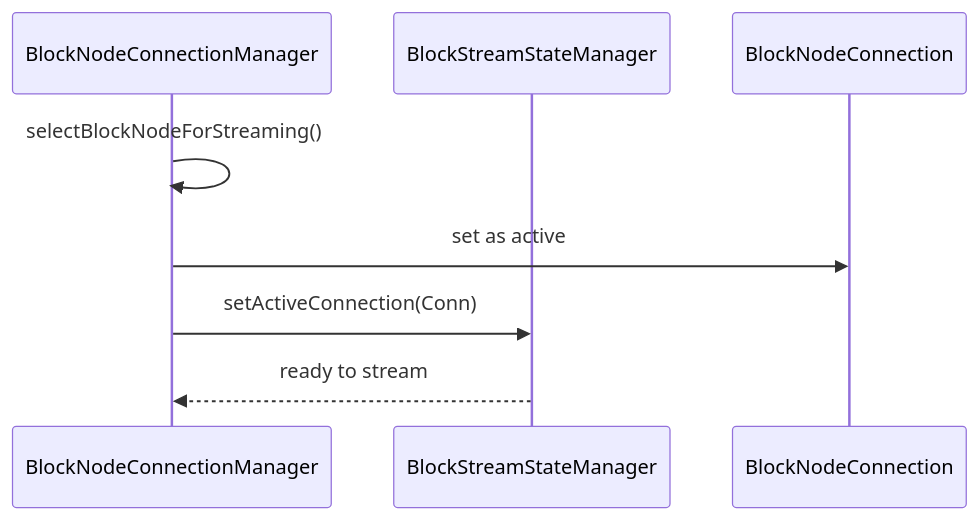
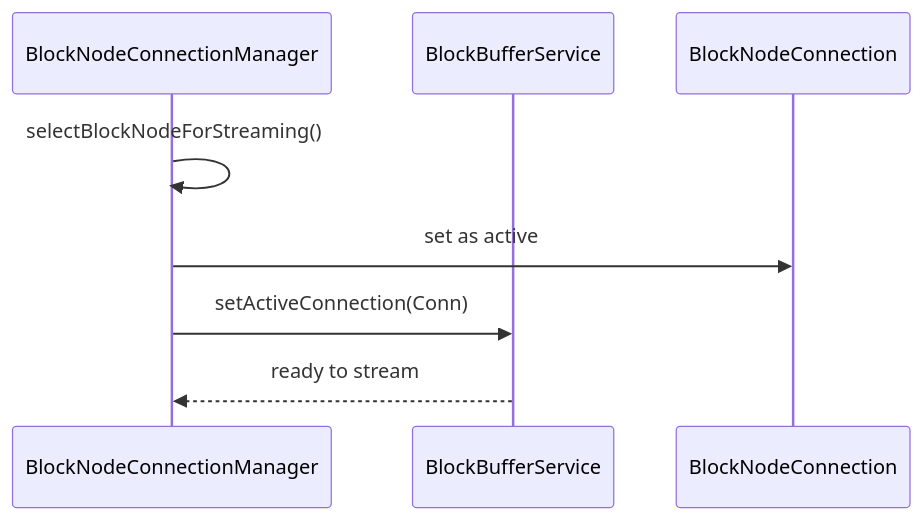
Before and after one commit to quiet-node/hiero-consensus-node: the first of 3 diagrams in hedera-node/docs/design/app/blocks/BlockNodeConnectionManager.md, drawn with Mermaid. The commit also changed other lines of this file and 19 other files, not shown here.

````diff
--- a/hedera-node/docs/design/app/blocks/BlockNodeConnectionManager.md
+++ b/hedera-node/docs/design/app/blocks/BlockNodeConnectionManager.md
@@ -54,11 +54,11 @@
 ```mermaid
 sequenceDiagram
     participant Manager as BlockNodeConnectionManager
-    participant StreamMgr as BlockStreamStateManager
+    participant StreamMgr as BlockBufferService
     participant Conn as BlockNodeConnection
 
     Manager->>Manager: selectBlockNodeForStreaming()
     Manager->>Conn: set as active
     Manager->>StreamMgr: setActiveConnection(Conn)
     StreamMgr-->>Manager: ready to stream
 ```
````
